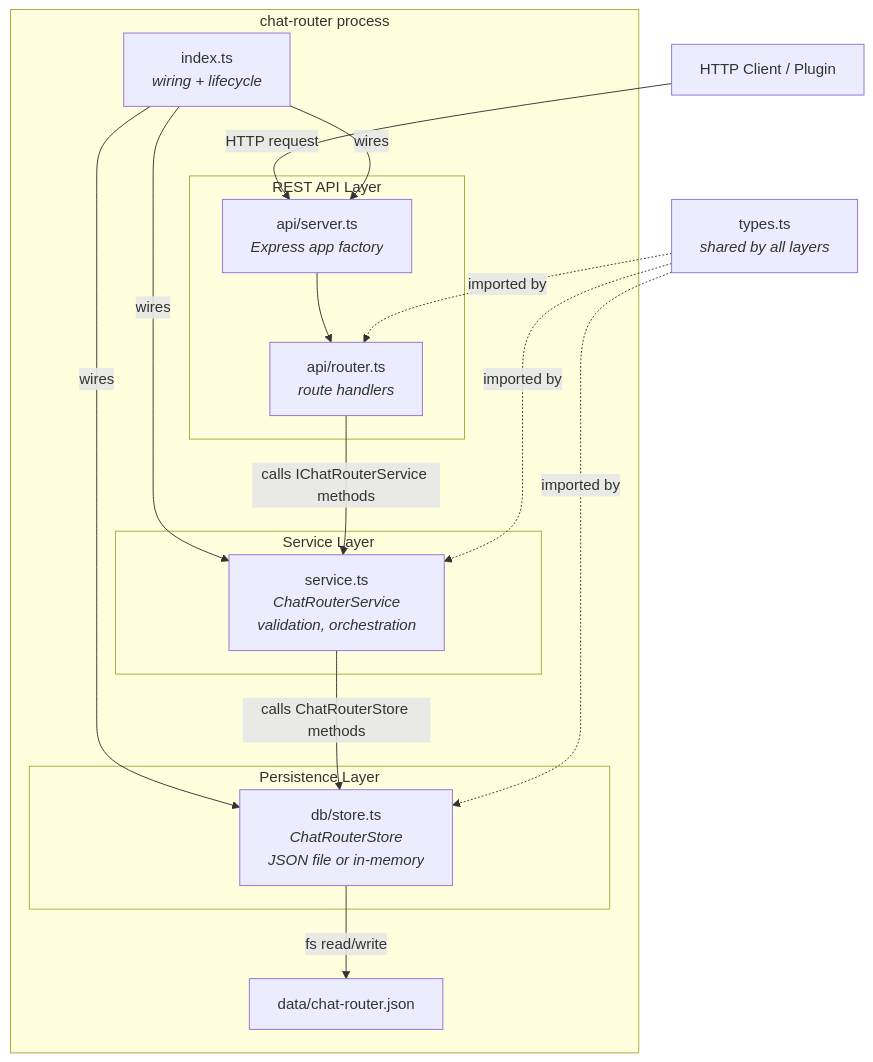
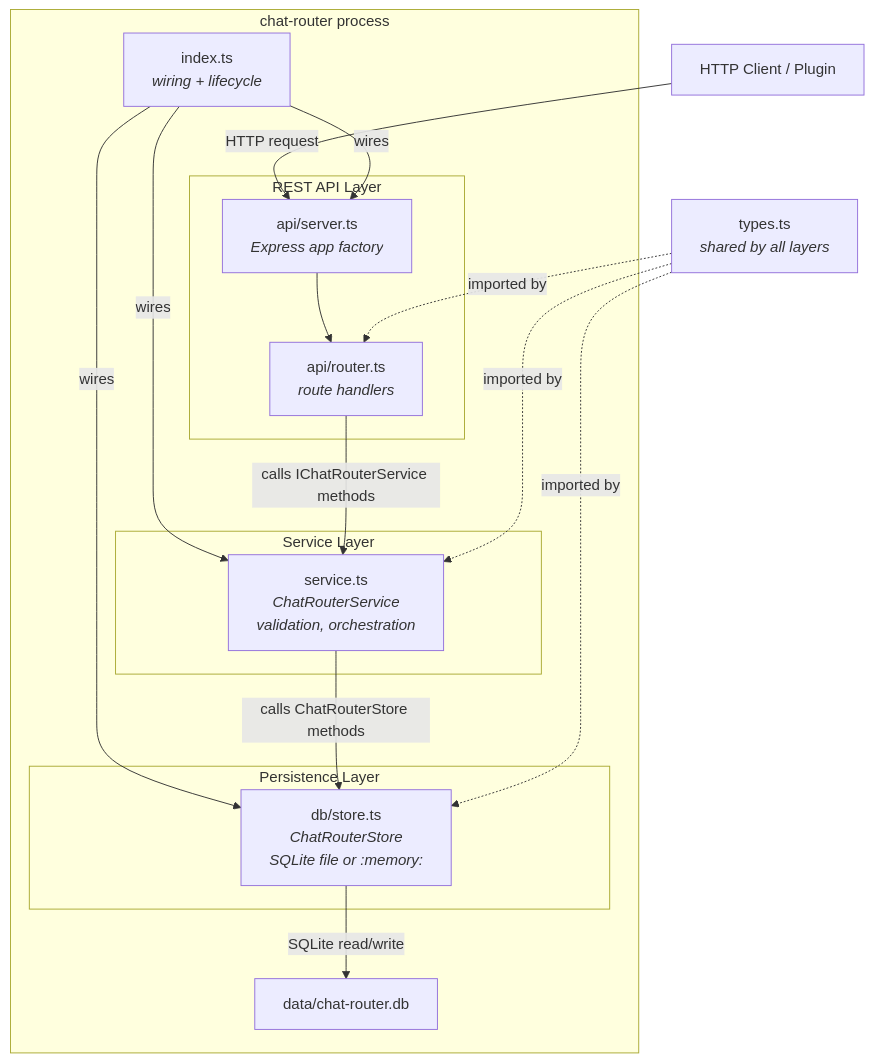
Before and after one commit to Jtonna/multi-tenant-telegram-daemon: the diagram in docs/chat-router-system/architecture.md, drawn with Mermaid. The commit also changed other lines of this file and 2 other files, not shown here.

First line of the commit message:
Update chat-router docs to match current SQLite implementation

````diff
--- a/docs/chat-router-system/architecture.md
+++ b/docs/chat-router-system/architecture.md
@@ -31,37 +41,37 @@
 ```mermaid
 graph TD
     Client["HTTP Client / Plugin"]
 
     subgraph "chat-router process"
         Entry["index.ts<br/><i>wiring + lifecycle</i>"]
 
         subgraph "REST API Layer"
             Server["api/server.ts<br/><i>Express app factory</i>"]
             Router["api/router.ts<br/><i>route handlers</i>"]
         end
 
         subgraph "Service Layer"
             Service["service.ts<br/><i>ChatRouterService</i><br/><i>validation, orchestration</i>"]
         end
 
         subgraph "Persistence Layer"
-            Store["db/store.ts<br/><i>ChatRouterStore</i><br/><i>JSON file or in-memory</i>"]
+            Store["db/store.ts<br/><i>ChatRouterStore</i><br/><i>SQLite file or :memory:</i>"]
         end
 
-        DataFile["data/chat-router.json"]
+        DataFile["data/chat-router.db"]
     end
 
     Types["types.ts<br/><i>shared by all layers</i>"]
 
     Client -->|"HTTP request"| Server
     Server --> Router
     Entry -->|"wires"| Server
     Entry -->|"wires"| Service
     Entry -->|"wires"| Store
     Router -->|"calls IChatRouterService methods"| Service
     Service -->|"calls ChatRouterStore methods"| Store
-    Store -->|"fs read/write"| DataFile
+    Store -->|"SQLite read/write"| DataFile
     Types -.->|"imported by"| Router
     Types -.->|"imported by"| Service
     Types -.->|"imported by"| Store
 ```
````
